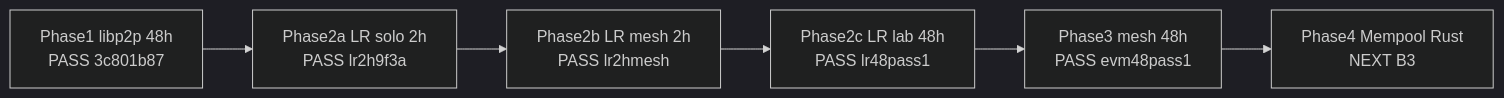
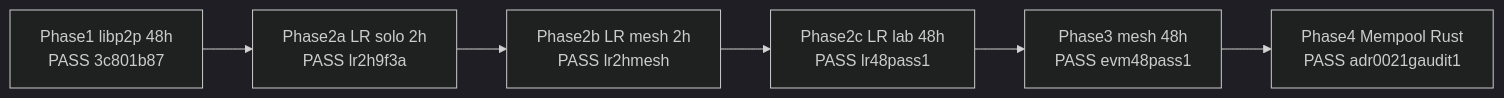
Before and after one commit to Gruver87/experimental: the diagram in README.md, drawn with Mermaid (dark theme). The commit also changed other lines of this file and 10 other files, not shown here.

First line of the commit message:
docs(evidence): record ADR 0021 global audit PASS adr0021gaudit1; close Phase 4 surface

````diff
--- a/README.md
+++ b/README.md
@@ -93,10 +93,10 @@
 ```mermaid
 flowchart LR
   P1["Phase1 libp2p 48h\nPASS 3c801b87"]
   P2a["Phase2a LR solo 2h\nPASS lr2h9f3a"]
   P2b["Phase2b LR mesh 2h\nPASS lr2hmesh"]
   P2c["Phase2c LR lab 48h\nPASS lr48pass1"]
   P3["Phase3 mesh 48h\nPASS evm48pass1"]
-  P4["Phase4 Mempool Rust\nNEXT B3"]
+  P4["Phase4 Mempool Rust\nPASS adr0021gaudit1"]
   P1 --> P2a --> P2b --> P2c --> P3 --> P4
 ```
````
